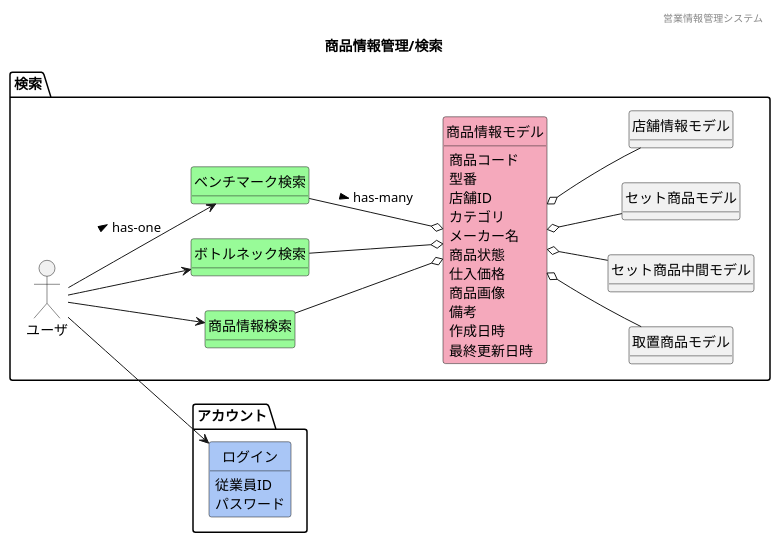
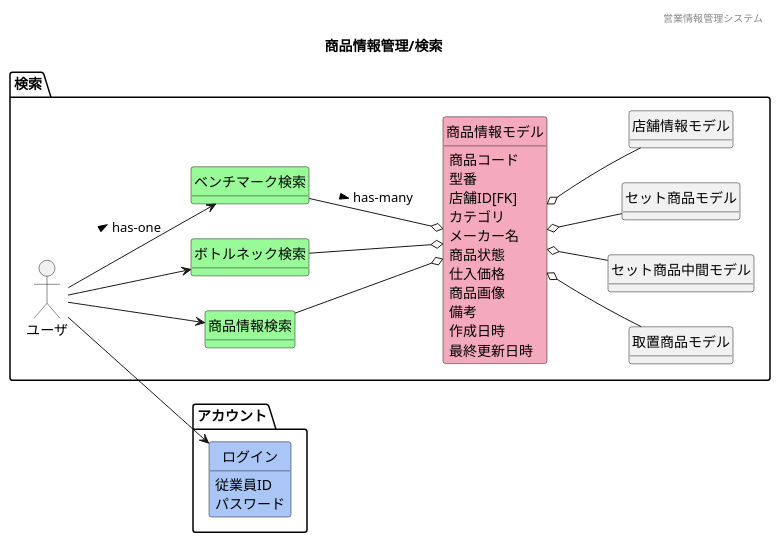
One commit to HaruShim/Sotuken changed the diagram in 各種設計書/1ドメインモデル図/商品情報管理/F08検索.plantuml. Above: the diagram before and after it, drawn with PlantUML.

```diff
--- a/各種設計書/1ドメインモデル図/商品情報管理/F08検索.plantuml
+++ b/各種設計書/1ドメインモデル図/商品情報管理/F08検索.plantuml
@@ -1,75 +1,75 @@
 @startuml ../images/商品情報管理/検索
 ' ヘッダー
 header 営業情報管理システム
 ' タイトル
 title 商品情報管理/検索
 ' 
 hide circle
 ' 
 hide method
 left to right direction
 
 package "アカウント"{
     class "ログイン" #A9C6F6
 
 }
 package "検索"{
 'ユーザや外部システム
     mix_actor "ユーザ"
     class "商品情報検索" #98fb98
     class "ボトルネック検索" #98fb98
     class "ベンチマーク検索" #98fb98
     class "商品情報モデル" #F5A9BC
     class "取置商品モデル"
     class "セット商品中間モデル"
     class "セット商品モデル"
     class "店舗情報モデル"
     
 }
     ' package "マスタ管理"{
     '     ' package ベンチマークマスタ{
     '     '     ' class "CPUベンチマークモデル"
     '     '     ' class "GPUベンチマークモデル"
     '     ' } 
     '     ' class "ボトルネックモデル"
     ' }
     ' class "" #F5A9BC
     ' class "" #ffd700
 
     'モデル同士の関係
     ユーザ --> 商品情報検索
     ユーザ --> ボトルネック検索
     ユーザ --> ベンチマーク検索 : > has-one
     ユーザ --> ログイン
     商品情報検索 --o 商品情報モデル
     ボトルネック検索 --o 商品情報モデル
     ベンチマーク検索 --o 商品情報モデル: > has-many
     商品情報モデル o-- 取置商品モデル
     商品情報モデル o-- セット商品モデル
     商品情報モデル o-- セット商品中間モデル
     商品情報モデル o-- 店舗情報モデル
     ' 商品情報モデル o-- マスタ管理
 
     'ドメインクラスの属性
     商品情報モデル : 商品コード
     商品情報モデル : 型番
-    商品情報モデル : 店舗ID
+    商品情報モデル : 店舗ID[FK]
     商品情報モデル : カテゴリ
     商品情報モデル : メーカー名
     商品情報モデル : 商品状態
     商品情報モデル : 仕入価格
     商品情報モデル : 商品画像
     商品情報モデル : 備考
     商品情報モデル : 作成日時
     商品情報モデル : 最終更新日時
 
     ' 商品情報モデル : 商品コード
     ' 商品情報モデル : 型番
     ' 商品情報モデル : JANコード
     ' 商品情報モデル : 商品画像
     ' 商品情報モデル : 在庫場所
     ' 商品情報モデル : カテゴリ
     ' 商品情報モデル : 仕入価格
     ログイン : 従業員ID
     ログイン : パスワード
 @enduml
```
